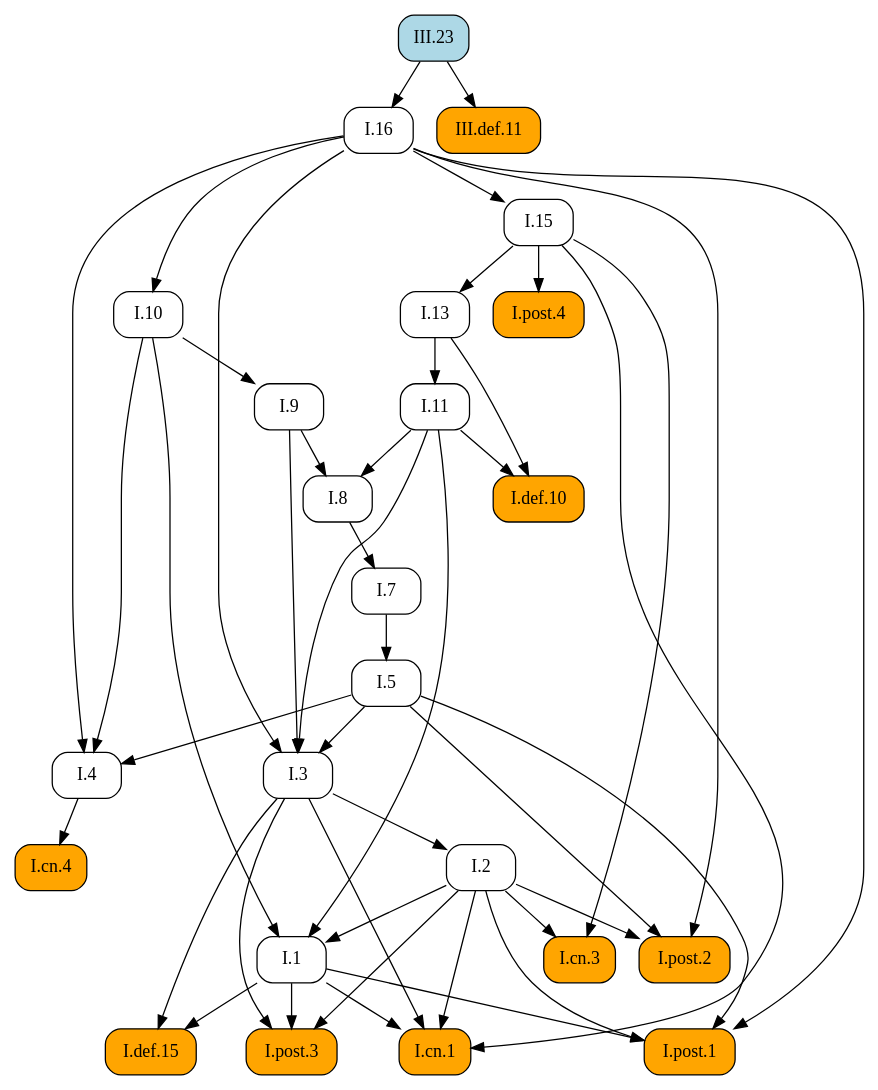
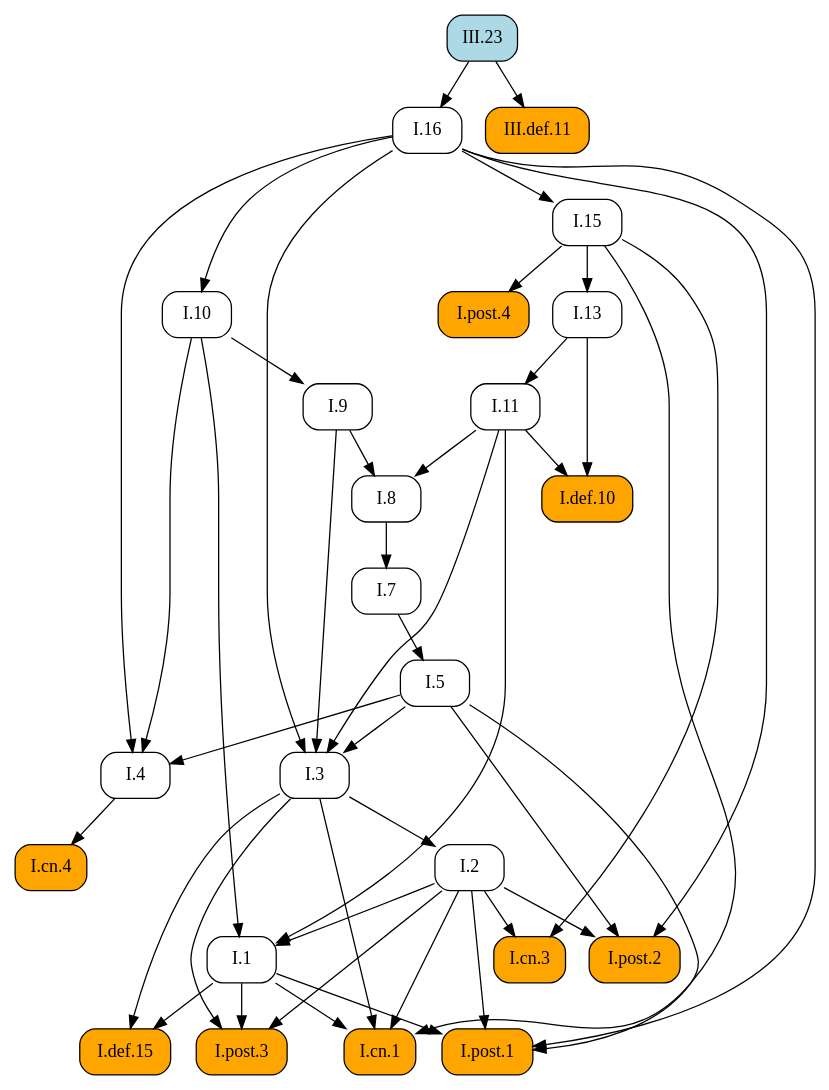
The diagram in docsrc/heath/III/23/index.rst (geometor/elements), drawn with Graphviz before and after one commit. The commit also changed other lines of this file and 484 other files, not shown here.

```diff
--- a/docsrc/heath/III/23/index.rst
+++ b/docsrc/heath/III/23/index.rst
@@ -39,74 +39,74 @@
 .. graphviz::
 
    digraph {
      rankdir="TB";
      node [shape=box, style=rounded];
+     "I.9" [URL="/heath/I/9/", target="_top"];
+     "I.cn.1" [style="rounded,filled", fillcolor=orange, URL="/heath/I/cn.1/", target="_top"];
+     "I.7" [URL="/heath/I/7/", target="_top"];
+     "I.2" [URL="/heath/I/2/", target="_top"];
+     "I.def.15" [style="rounded,filled", fillcolor=orange, URL="/heath/I/def.15/", target="_top"];
+     "I.13" [URL="/heath/I/13/", target="_top"];
+     "I.post.4" [style="rounded,filled", fillcolor=orange, URL="/heath/I/post.4/", target="_top"];
+     "I.4" [URL="/heath/I/4/", target="_top"];
+     "I.1" [URL="/heath/I/1/", target="_top"];
+     "III.def.11" [style="rounded,filled", fillcolor=orange, URL="/heath/III/def.11/", target="_top"];
+     "I.post.1" [style="rounded,filled", fillcolor=orange, URL="/heath/I/post.1/", target="_top"];
+     "I.post.3" [style="rounded,filled", fillcolor=orange, URL="/heath/I/post.3/", target="_top"];
+     "I.5" [URL="/heath/I/5/", target="_top"];
+     "I.8" [URL="/heath/I/8/", target="_top"];
+     "III.23" [style="rounded,filled", fillcolor=lightblue, URL="/heath/III/23/", target="_top"];
+     "I.cn.3" [style="rounded,filled", fillcolor=orange, URL="/heath/I/cn.3/", target="_top"];
+     "I.16" [URL="/heath/I/16/", target="_top"];
      "I.def.10" [style="rounded,filled", fillcolor=orange, URL="/heath/I/def.10/", target="_top"];
+     "I.15" [URL="/heath/I/15/", target="_top"];
+     "I.10" [URL="/heath/I/10/", target="_top"];
      "I.11" [URL="/heath/I/11/", target="_top"];
-     "I.post.4" [style="rounded,filled", fillcolor=orange, URL="/heath/I/post.4/", target="_top"];
-     "I.1" [URL="/heath/I/1/", target="_top"];
-     "I.7" [URL="/heath/I/7/", target="_top"];
+     "I.cn.4" [style="rounded,filled", fillcolor=orange, URL="/heath/I/cn.4/", target="_top"];
+     "I.post.2" [style="rounded,filled", fillcolor=orange, URL="/heath/I/post.2/", target="_top"];
      "I.3" [URL="/heath/I/3/", target="_top"];
-     "I.2" [URL="/heath/I/2/", target="_top"];
-     "I.4" [URL="/heath/I/4/", target="_top"];
-     "I.13" [URL="/heath/I/13/", target="_top"];
-     "I.post.2" [style="rounded,filled", fillcolor=orange, URL="/heath/I/post.2/", target="_top"];
-     "III.def.11" [style="rounded,filled", fillcolor=orange, URL="/heath/III/def.11/", target="_top"];
-     "I.16" [URL="/heath/I/16/", target="_top"];
-     "I.def.15" [style="rounded,filled", fillcolor=orange, URL="/heath/I/def.15/", target="_top"];
-     "I.9" [URL="/heath/I/9/", target="_top"];
-     "I.post.3" [style="rounded,filled", fillcolor=orange, URL="/heath/I/post.3/", target="_top"];
-     "I.cn.1" [style="rounded,filled", fillcolor=orange, URL="/heath/I/cn.1/", target="_top"];
-     "I.cn.3" [style="rounded,filled", fillcolor=orange, URL="/heath/I/cn.3/", target="_top"];
-     "III.23" [style="rounded,filled", fillcolor=lightblue, URL="/heath/III/23/", target="_top"];
-     "I.8" [URL="/heath/I/8/", target="_top"];
-     "I.cn.4" [style="rounded,filled", fillcolor=orange, URL="/heath/I/cn.4/", target="_top"];
-     "I.15" [URL="/heath/I/15/", target="_top"];
-     "I.post.1" [style="rounded,filled", fillcolor=orange, URL="/heath/I/post.1/", target="_top"];
-     "I.10" [URL="/heath/I/10/", target="_top"];
-     "I.5" [URL="/heath/I/5/", target="_top"];
-     "I.11" -> "I.def.10";
-     "I.13" -> "I.def.10";
-     "I.13" -> "I.11";
+     "I.10" -> "I.9";
+     "I.1" -> "I.cn.1";
+     "I.2" -> "I.cn.1";
+     "I.3" -> "I.cn.1";
+     "I.15" -> "I.cn.1";
+     "I.8" -> "I.7";
+     "I.3" -> "I.2";
+     "I.1" -> "I.def.15";
+     "I.3" -> "I.def.15";
+     "I.15" -> "I.13";
      "I.15" -> "I.post.4";
+     "I.5" -> "I.4";
+     "I.10" -> "I.4";
+     "I.16" -> "I.4";
      "I.2" -> "I.1";
      "I.10" -> "I.1";
      "I.11" -> "I.1";
-     "I.8" -> "I.7";
+     "III.23" -> "III.def.11";
+     "I.1" -> "I.post.1";
+     "I.2" -> "I.post.1";
+     "I.5" -> "I.post.1";
+     "I.16" -> "I.post.1";
+     "I.1" -> "I.post.3";
+     "I.2" -> "I.post.3";
+     "I.3" -> "I.post.3";
+     "I.7" -> "I.5";
+     "I.9" -> "I.8";
+     "I.11" -> "I.8";
+     "I.2" -> "I.cn.3";
+     "I.15" -> "I.cn.3";
+     "III.23" -> "I.16";
+     "I.11" -> "I.def.10";
+     "I.13" -> "I.def.10";
+     "I.16" -> "I.15";
+     "I.16" -> "I.10";
+     "I.13" -> "I.11";
+     "I.4" -> "I.cn.4";
+     "I.2" -> "I.post.2";
+     "I.5" -> "I.post.2";
+     "I.16" -> "I.post.2";
      "I.5" -> "I.3";
      "I.9" -> "I.3";
      "I.11" -> "I.3";
      "I.16" -> "I.3";
-     "I.3" -> "I.2";
-     "I.5" -> "I.4";
-     "I.10" -> "I.4";
-     "I.16" -> "I.4";
-     "I.15" -> "I.13";
-     "I.2" -> "I.post.2";
-     "I.5" -> "I.post.2";
-     "I.16" -> "I.post.2";
-     "III.23" -> "III.def.11";
-     "III.23" -> "I.16";
-     "I.1" -> "I.def.15";
-     "I.3" -> "I.def.15";
-     "I.10" -> "I.9";
-     "I.1" -> "I.post.3";
-     "I.2" -> "I.post.3";
-     "I.3" -> "I.post.3";
-     "I.1" -> "I.cn.1";
-     "I.2" -> "I.cn.1";
-     "I.3" -> "I.cn.1";
-     "I.15" -> "I.cn.1";
-     "I.2" -> "I.cn.3";
-     "I.15" -> "I.cn.3";
-     "I.9" -> "I.8";
-     "I.11" -> "I.8";
-     "I.4" -> "I.cn.4";
-     "I.16" -> "I.15";
-     "I.1" -> "I.post.1";
-     "I.2" -> "I.post.1";
-     "I.5" -> "I.post.1";
-     "I.16" -> "I.post.1";
-     "I.16" -> "I.10";
-     "I.7" -> "I.5";
    }
```
